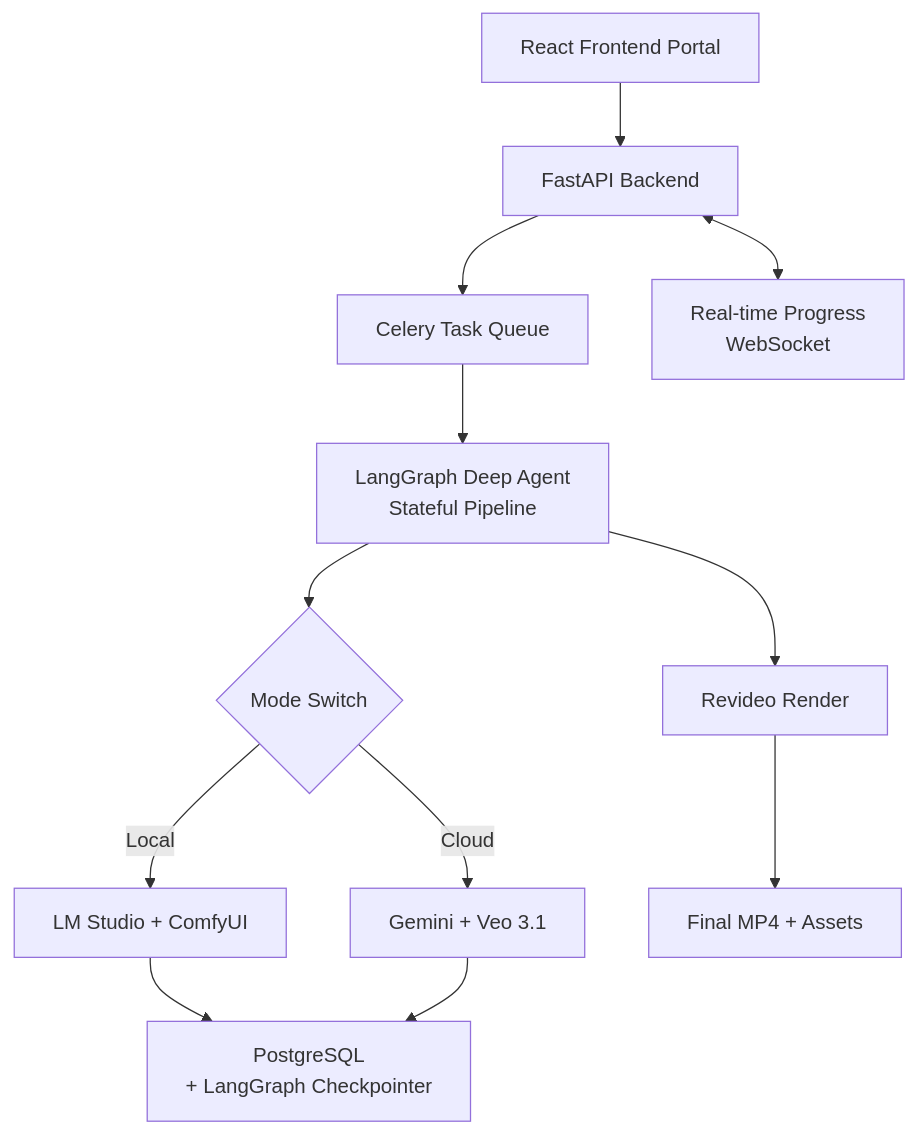
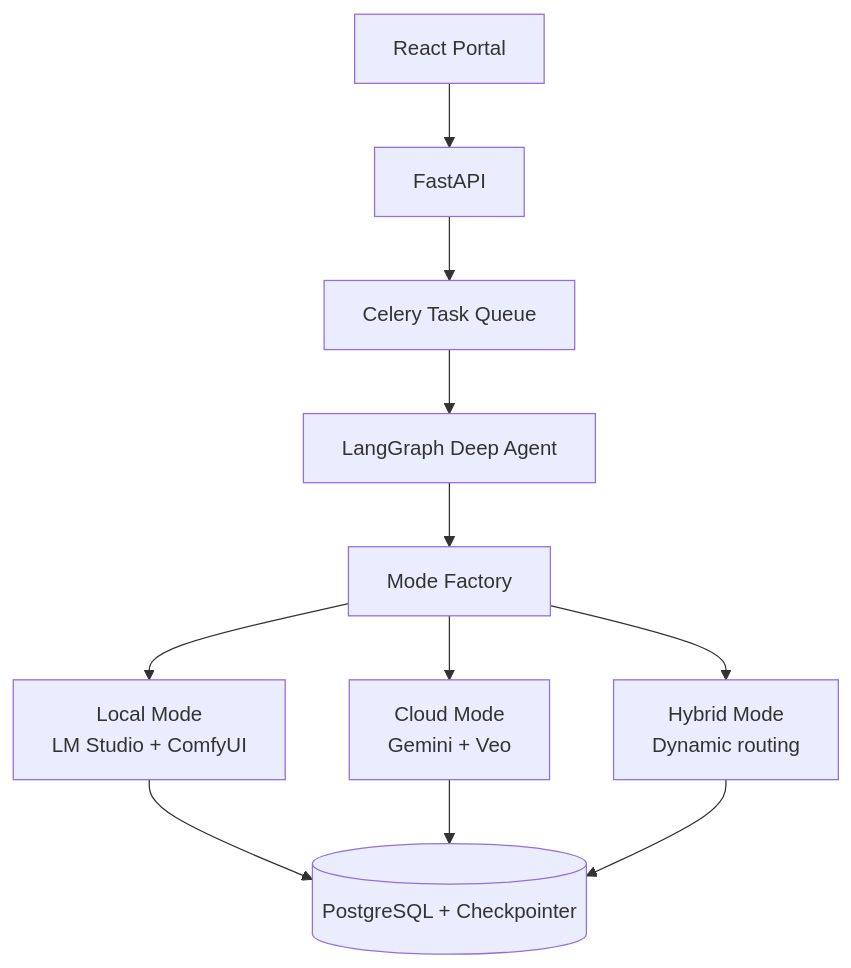
One commit to johnsonhk88/anime-to-live-action-Short-generate-by-GenAI changed the diagram in readme.md. Above: the diagram before and after it, drawn with Mermaid. The commit also changed other lines of this file and 7 other files, not shown here.

````diff
--- a/readme.md
+++ b/readme.md
@@ -41,17 +52,14 @@
 ```mermaid
 graph TD
-    A[React Frontend Portal] --> B[FastAPI Backend]
-    B --> C[Celery Task Queue]
-    C --> D[LangGraph Deep Agent<br/>Stateful Pipeline]
+    Frontend[React Portal] --> API[FastAPI]
+    API --> Celery[Celery Task Queue]
+    Celery --> LangGraph[LangGraph Deep Agent]
     
-    D --> E{Mode Switch}
-    E -->|Local| F[LM Studio + ComfyUI]
-    E -->|Cloud| G[Gemini + Veo 3.1]
+    LangGraph --> ModeFactory[Mode Factory]
     
-    F & G --> H[PostgreSQL<br/>+ LangGraph Checkpointer]
+    ModeFactory --> Local[Local Mode<br/>LM Studio + ComfyUI]
+    ModeFactory --> Cloud[Cloud Mode<br/>Gemini + Veo]
+    ModeFactory --> Hybrid[Hybrid Mode<br/>Dynamic routing]
     
-    D --> I[Revideo Render]
-    I --> J[Final MP4 + Assets]
-    
-    B <--> K[Real-time Progress<br/>WebSocket]
+    Local & Cloud & Hybrid --> Postgres[(PostgreSQL + Checkpointer)]
 ```
````
